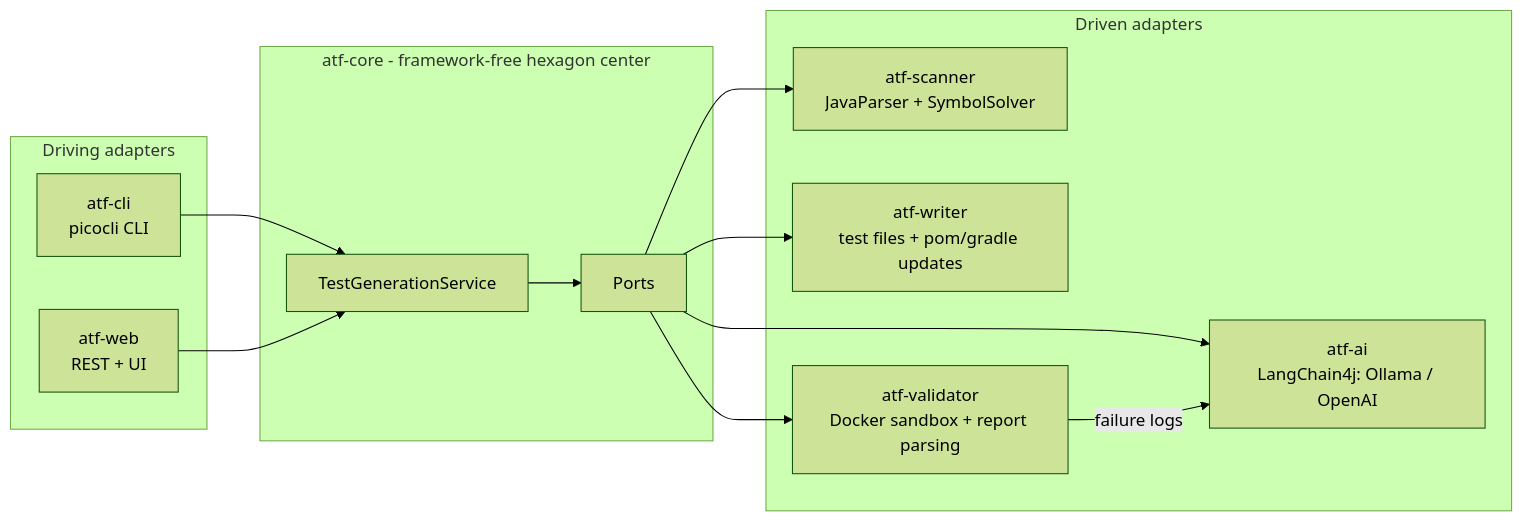
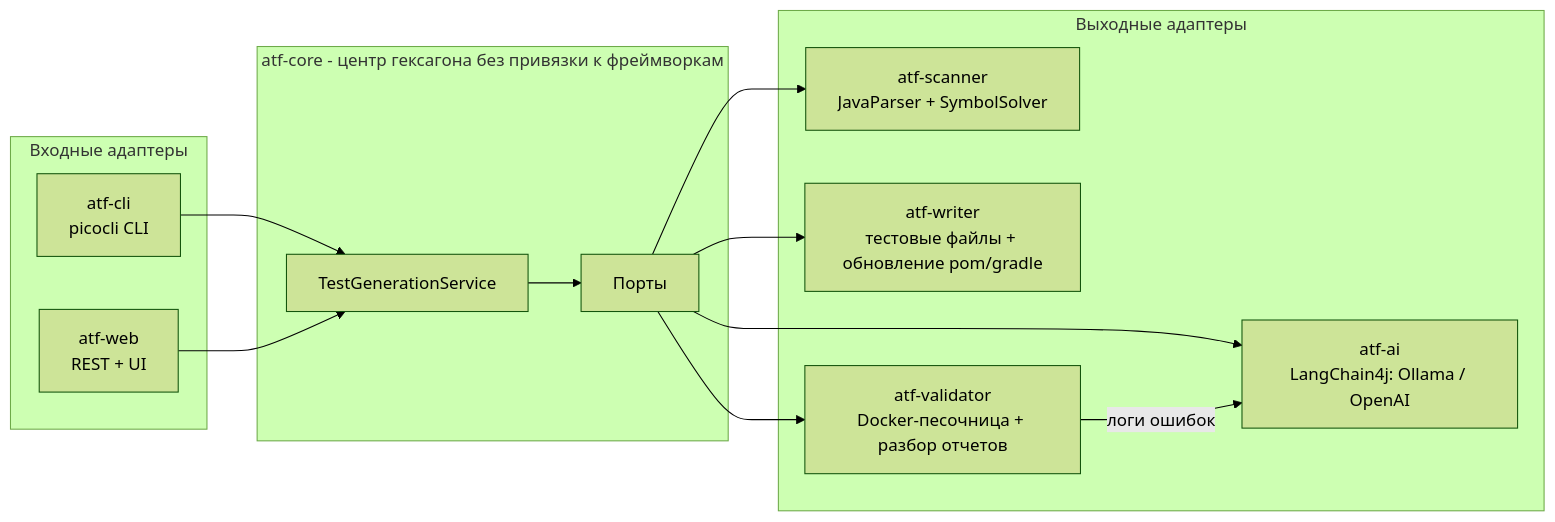
The diagram in README.md (Shchepetkov/AutoTestForge), drawn with Mermaid (forest theme) before and after one commit. The commit also changed other lines of this file, not shown here.

````diff
--- a/README.md
+++ b/README.md
@@ -14,25 +14,25 @@
 ```mermaid
 flowchart LR
-    subgraph driving [Driving adapters]
+    subgraph driving [Входные адаптеры]
         CLI[atf-cli<br>picocli CLI]
         WEB[atf-web<br>REST + UI]
     end
-    subgraph core [atf-core - framework-free hexagon center]
+    subgraph core [atf-core - центр гексагона без привязки к фреймворкам]
         UC[TestGenerationService]
-        PORTS[Ports]
+        PORTS[Порты]
     end
-    subgraph driven [Driven adapters]
+    subgraph driven [Выходные адаптеры]
         SCAN[atf-scanner<br>JavaParser + SymbolSolver]
         AI[atf-ai<br>LangChain4j: Ollama / OpenAI]
-        WRITE[atf-writer<br>test files + pom/gradle updates]
-        VAL[atf-validator<br>Docker sandbox + report parsing]
+        WRITE[atf-writer<br>тестовые файлы + обновление pom/gradle]
+        VAL[atf-validator<br>Docker-песочница + разбор отчетов]
     end
     CLI --> UC
     WEB --> UC
     UC --> PORTS
     PORTS --> SCAN
     PORTS --> AI
     PORTS --> WRITE
     PORTS --> VAL
-    VAL -->|failure logs| AI
+    VAL -->|логи ошибок| AI
 ```
````
